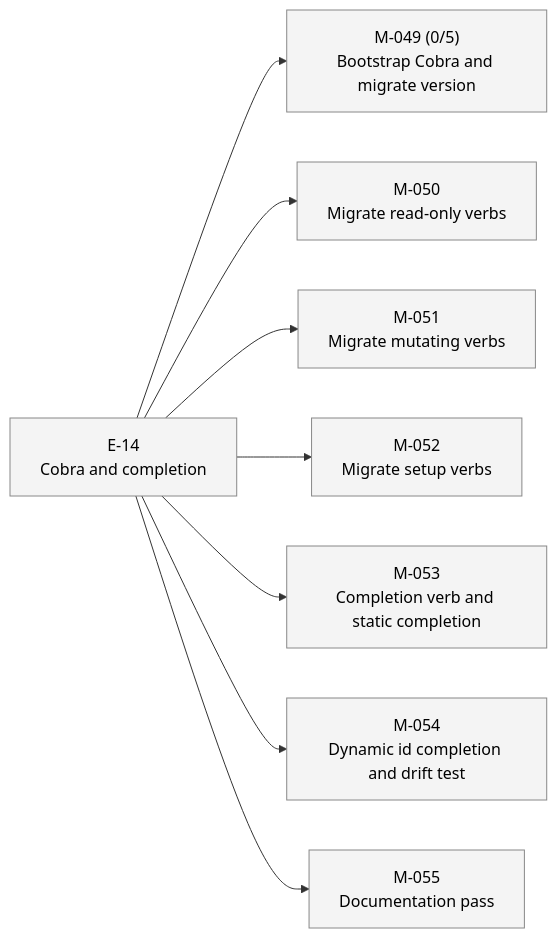
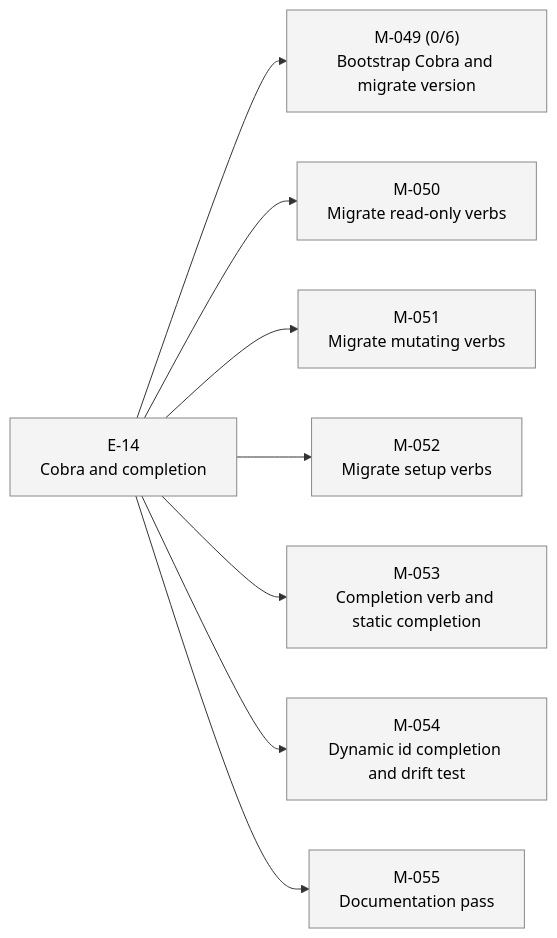
Before and after one commit to 23min/aiwf: the second of 2 diagrams in STATUS.md, drawn with Mermaid. The commit also changed other lines of this file and 1 other file, not shown here.

````diff
--- a/STATUS.md
+++ b/STATUS.md
@@ -38,24 +38,24 @@
 ```mermaid
 flowchart LR
   E_14["E-14<br/>Cobra and completion"]:::epic_proposed
-  M_049["M-049 (0/5)<br/>Bootstrap Cobra and migrate version"]:::ms_draft
+  M_049["M-049 (0/6)<br/>Bootstrap Cobra and migrate version"]:::ms_draft
   E_14 --> M_049
   M_050["M-050<br/>Migrate read-only verbs"]:::ms_draft
   E_14 --> M_050
   M_051["M-051<br/>Migrate mutating verbs"]:::ms_draft
   E_14 --> M_051
   M_052["M-052<br/>Migrate setup verbs"]:::ms_draft
   E_14 --> M_052
   M_053["M-053<br/>Completion verb and static completion"]:::ms_draft
   E_14 --> M_053
   M_054["M-054<br/>Dynamic id completion and drift test"]:::ms_draft
   E_14 --> M_054
   M_055["M-055<br/>Documentation pass"]:::ms_draft
   E_14 --> M_055
   classDef epic_active fill:#d6eaff,stroke:#1a73e8,color:#000
   classDef epic_proposed fill:#f4f4f4,stroke:#888,color:#000
   classDef ms_done fill:#d8f5d8,stroke:#2a8a2a,color:#000
   classDef ms_in_progress fill:#fff3c4,stroke:#caa400,color:#000
   classDef ms_draft fill:#f4f4f4,stroke:#888,color:#000
   classDef ms_cancelled fill:#fbeaea,stroke:#c33,color:#000
 ```
````
